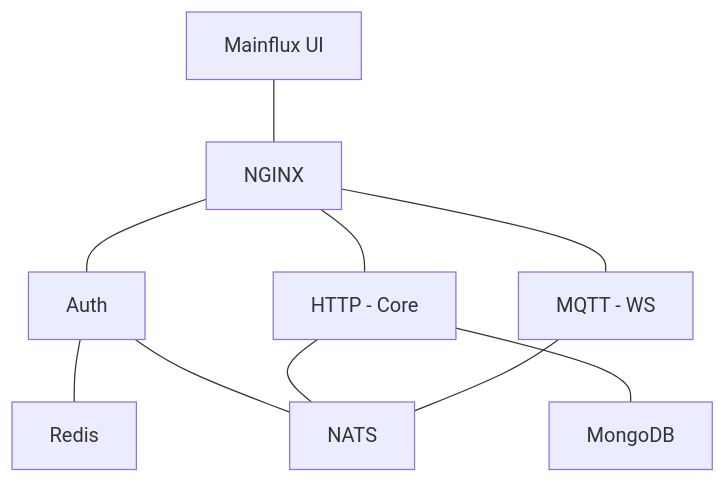
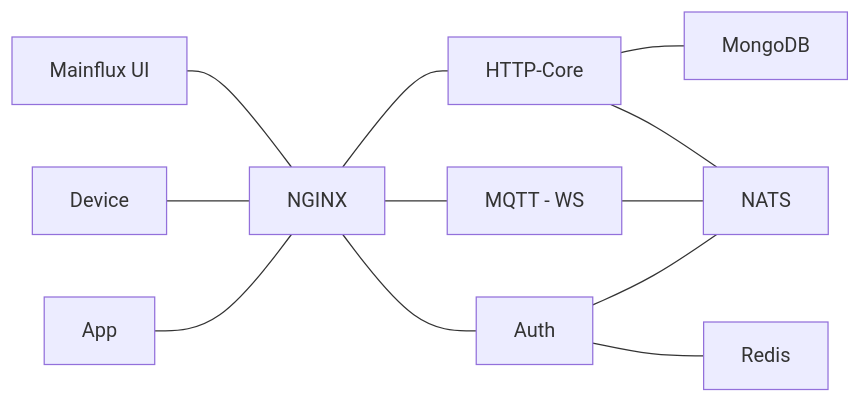
The diagram in tools/mermaid/arch.mmd (manuIO/mainflux-doc), drawn with Mermaid before and after one commit. The commit also changed 1 other file, not shown here.

```diff
--- a/tools/mermaid/arch.mmd
+++ b/tools/mermaid/arch.mmd
@@ -1,13 +1,15 @@
-graph TB
-    A["NGINX"] --- B["Auth"];
-	B --- R["Redis"]
-	A --- C["HTTP - Core"];
-    A --- D["MQTT - WS"];
+graph LR
+    A["NGINX"] --- B["HTTP-Core"];
+    B --- F["MongoDB"]
+
+    A --- C["MQTT - WS"];
+	A --- D["Auth"];
+	D --- R["Redis"]
 
 	B --- E["NATS"]
 	C --- E
 	D --- E
 
-    C --- F["MongoDB"]
-
-    G["Mainflux UI"] --- A
+    I["Mainflux UI"] --- A
+    G["Device"] --- A
+    H["App"] --- A
```
